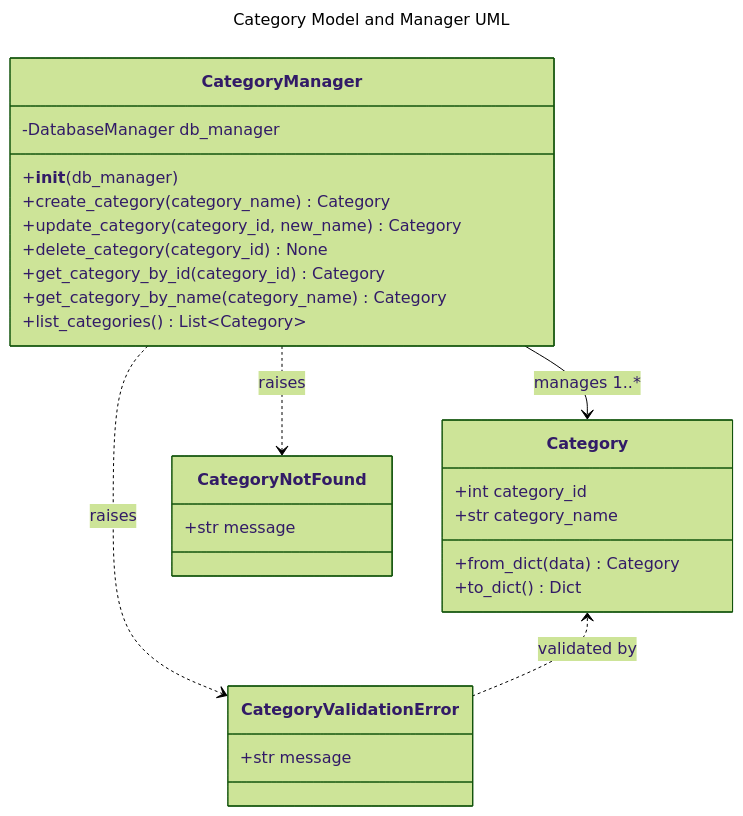
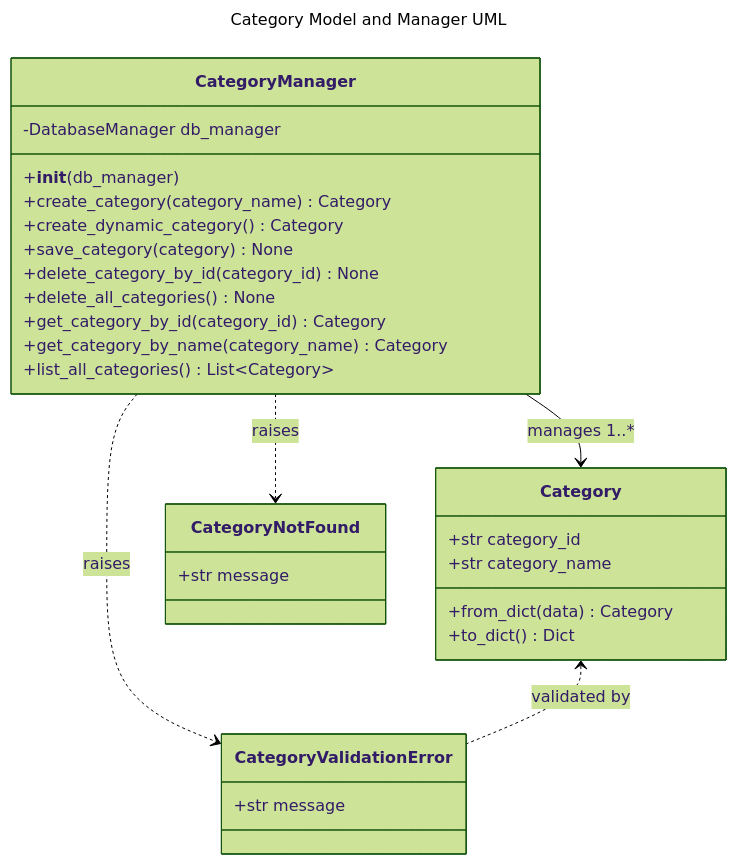
The diagram in Prompts/Category.md (SeanAdams10/AITypingTrainer), drawn with Mermaid (forest theme) before and after one commit. The commit also changed other lines of this file and 7 other files, not shown here.

````diff
--- a/Prompts/Category.md
+++ b/Prompts/Category.md
@@ -77,33 +78,35 @@
 ```mermaid
 ---
 title: Category Model and Manager UML
 ---
 classDiagram
     class Category {
-        +int category_id
+        +str category_id
         +str category_name
         +from_dict(data) Category
         +to_dict() Dict
     }
     class CategoryManager {
         -DatabaseManager db_manager
         +__init__(db_manager)
         +create_category(category_name) Category
-        +update_category(category_id, new_name) Category
-        +delete_category(category_id) None
+        +create_dynamic_category() Category
+        +save_category(category) None
+        +delete_category_by_id(category_id) None
+        +delete_all_categories() None
         +get_category_by_id(category_id) Category
         +get_category_by_name(category_name) Category
-        +list_categories() List~Category~
+        +list_all_categories() List~Category~
     }
     class CategoryValidationError {
         +str message
     }
     class CategoryNotFound {
         +str message
     }
     CategoryManager --> Category : manages 1..*
     CategoryManager ..> CategoryValidationError : raises
     CategoryManager ..> CategoryNotFound : raises
     Category <.. CategoryValidationError : validated by
     %% Test classes are not included in the main diagram, but test coverage is implied.
 ```
````
